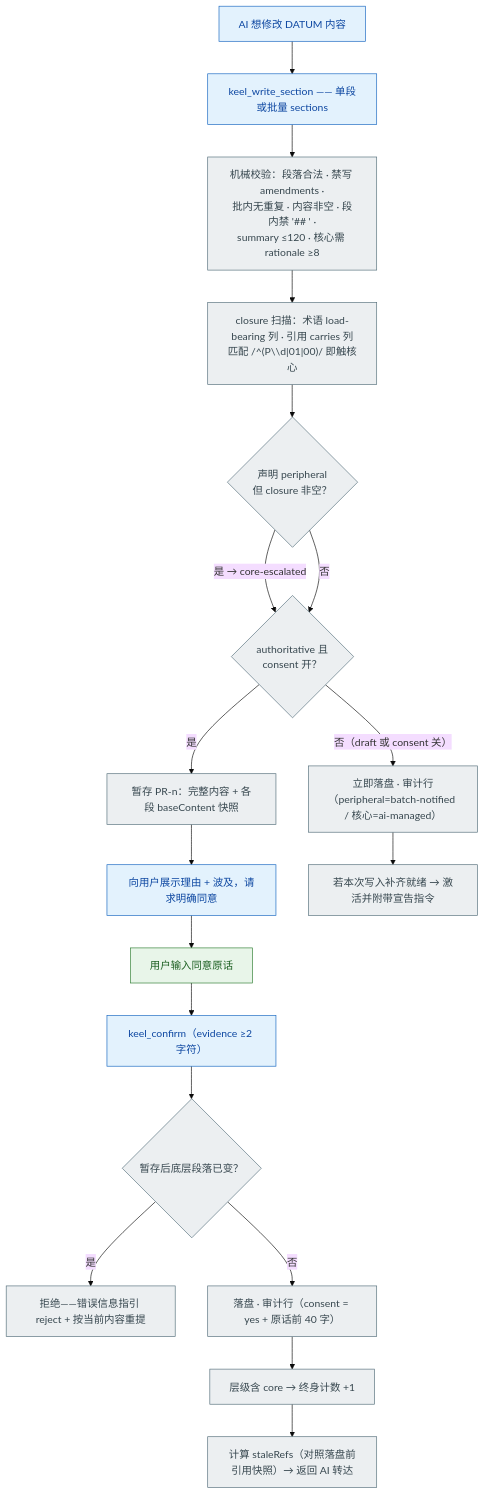
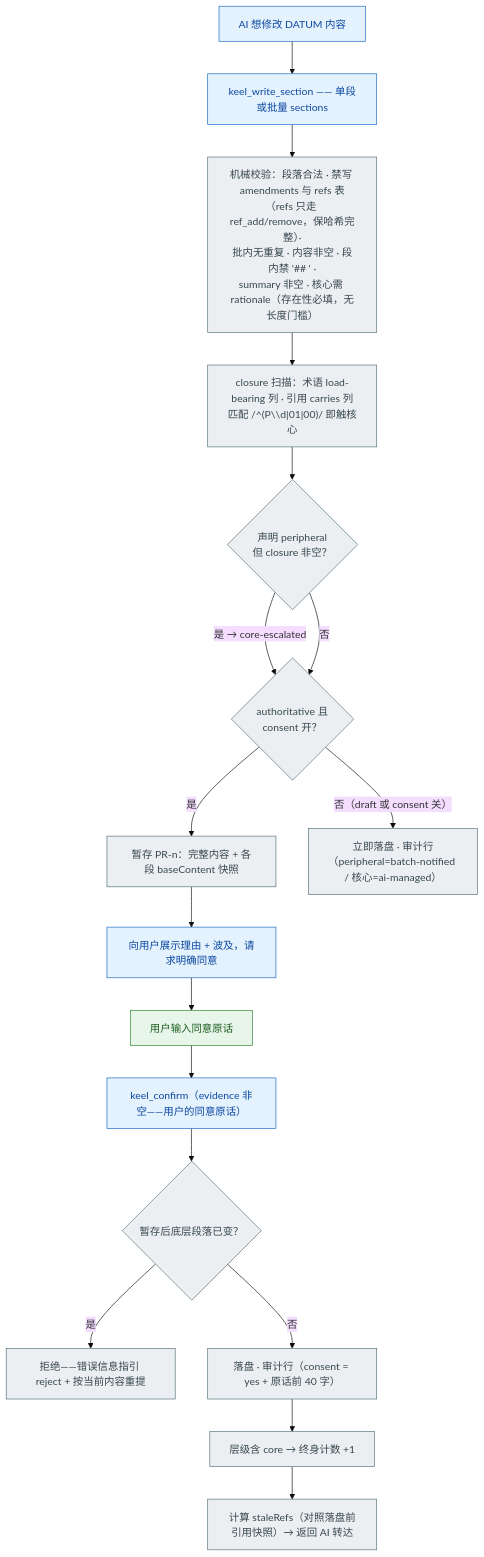
The fourth of 8 diagrams in docs/MENTAL-MODEL.md (maxi3777/Keel), drawn with Mermaid (base theme) before and after one commit. The commit also changed other lines of this file and 17 other files, not shown here.

````diff
--- a/docs/MENTAL-MODEL.md
+++ b/docs/MENTAL-MODEL.md
@@ -113,31 +116,30 @@
 ```mermaid
 flowchart TD
     WANT["AI 想修改 DATUM 内容"]:::ai
     CALL["keel_write_section —— 单段或批量 sections"]:::ai
-    VAL["机械校验：段落合法 · 禁写 amendments ·<br/>批内无重复 · 内容非空 · 段内禁 '## ' ·<br/>summary ≤120 · 核心需 rationale ≥8"]:::mech
+    VAL["机械校验：段落合法 · 禁写 amendments 与 refs 表<br/>（refs 只走 ref_add/remove，保哈希完整）·<br/>批内无重复 · 内容非空 · 段内禁 '## ' ·<br/>summary 非空 · 核心需 rationale（存在性必填，无长度门槛）"]:::mech
     CLOS["closure 扫描：术语 load-bearing 列 · 引用 carries 列<br/>匹配 /^(P\\d|01|00)/ 即触核心"]:::mech
     ESC{"声明 peripheral<br/>但 closure 非空？"}:::mech
     GATE{"authoritative 且<br/>consent 开？"}:::mech
     STAGE["暂存 PR-n：完整内容 + 各段 baseContent 快照"]:::mech
     SHOW["向用户展示理由 + 波及，请求明确同意"]:::ai
     TYPE["用户输入同意原话"]:::human
-    CONFIRM["keel_confirm（evidence ≥2 字符）"]:::ai
+    CONFIRM["keel_confirm（evidence 非空——用户的同意原话）"]:::ai
     CLOB{"暂存后底层段落已变？"}:::mech
     CLOBERR["拒绝——错误信息指引 reject + 按当前内容重提"]:::mech
     APPLY2["落盘 · 审计行（consent = yes + 原话前 40 字）"]:::mech
     LIFT["层级含 core → 终身计数 +1"]:::mech
     STALE["计算 staleRefs（对照落盘前引用快照）→ 返回 AI 转达"]:::mech
     APPLY["立即落盘 · 审计行<br/>（peripheral=batch-notified / 核心=ai-managed）"]:::mech
-    ACT2["若本次写入补齐就绪 → 激活并附带宣告指令"]:::mech
 
     WANT --> CALL --> VAL --> CLOS --> ESC
     ESC -->|"是 → core-escalated"| GATE
     ESC -->|"否"| GATE
-    GATE -->|"否（draft 或 consent 关）"| APPLY --> ACT2
+    GATE -->|"否（draft 或 consent 关）"| APPLY
     GATE -->|"是"| STAGE --> SHOW --> TYPE --> CONFIRM --> CLOB
     CLOB -->|"是"| CLOBERR
     CLOB -->|"否"| APPLY2 --> LIFT --> STALE
     classDef human fill:#e8f5e9,stroke:#2e7d32,color:#1b5e20
     classDef ai fill:#e3f2fd,stroke:#1565c0,color:#0d47a1
     classDef mech fill:#eceff1,stroke:#546e7a,color:#37474f
 ```
````
